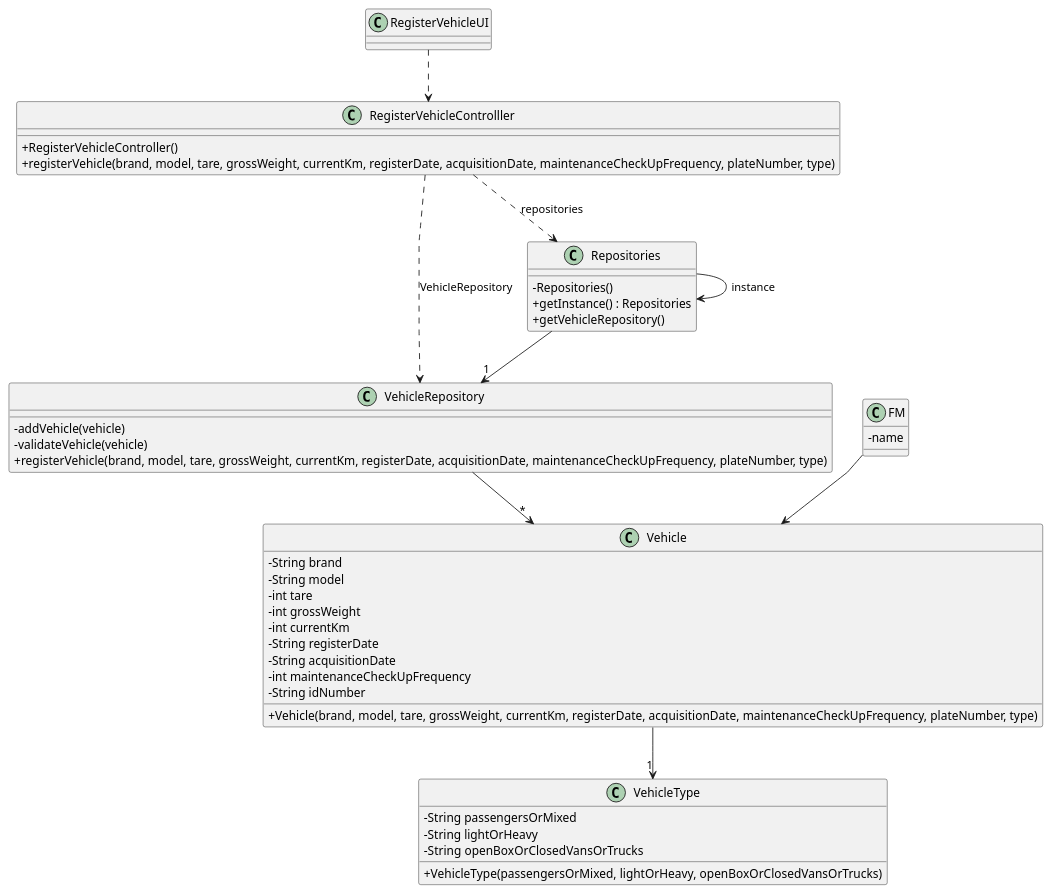
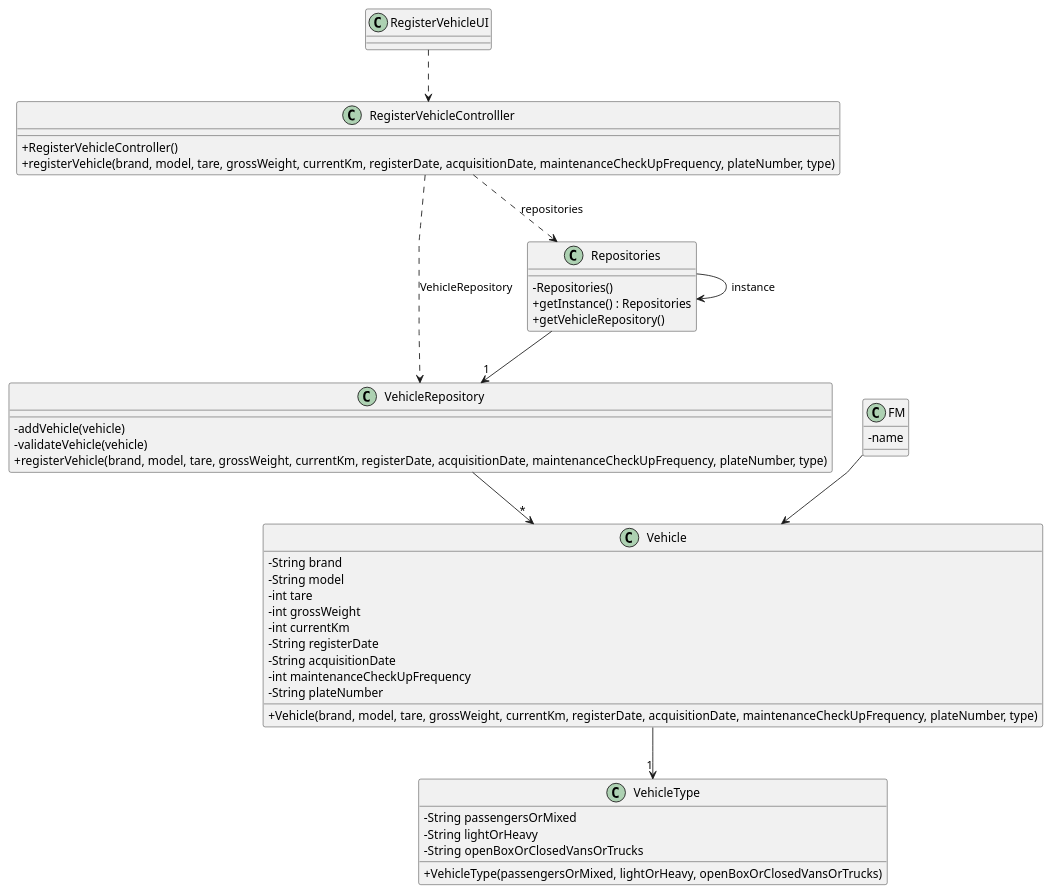
Before and after one commit to daniel41silva05/ISEP_2023_2024_LAPR2: the diagram in docs/sprintA&B/us006/03.design/puml/us006-class-diagram.puml, drawn with PlantUML. The commit also changed 7 other files, not shown here.

```diff
--- a/docs/sprintA&B/us006/03.design/puml/us006-class-diagram.puml
+++ b/docs/sprintA&B/us006/03.design/puml/us006-class-diagram.puml
@@ -1,67 +1,67 @@
 @startuml
 'skinparam monochrome true
 skinparam packageStyle rectangle
 skinparam shadowing false
 skinparam linetype polyline
 'skinparam linetype orto
 
 skinparam classAttributeIconSize 0
 
 'left to right direction
 
 class RegisterVehicleUI {
 
 }
 
 class RegisterVehicleControlller {
     +RegisterVehicleController()
     +registerVehicle(brand, model, tare, grossWeight, currentKm, registerDate, acquisitionDate, maintenanceCheckUpFrequency, plateNumber, type)
 }
 
 class VehicleRepository {
     -addVehicle(vehicle)
     -validateVehicle(vehicle)
     +registerVehicle(brand, model, tare, grossWeight, currentKm, registerDate, acquisitionDate, maintenanceCheckUpFrequency, plateNumber, type)
 }
 
 class Vehicle {
     -String brand
     -String model
     -int tare
     -int grossWeight
     -int currentKm
     -String registerDate
     -String acquisitionDate
     -int maintenanceCheckUpFrequency
-    -String idNumber
+    -String plateNumber
     +Vehicle(brand, model, tare, grossWeight, currentKm, registerDate, acquisitionDate, maintenanceCheckUpFrequency, plateNumber, type)
 
 }
 
 class VehicleType {
     -String passengersOrMixed
     -String lightOrHeavy
     -String openBoxOrClosedVansOrTrucks
     +VehicleType(passengersOrMixed, lightOrHeavy, openBoxOrClosedVansOrTrucks)
 }
 
 class FM {
     - name
 }
 
 class Repositories {
     - Repositories()
     + getInstance() : Repositories
     + getVehicleRepository()
 }
 
 RegisterVehicleUI ..> RegisterVehicleControlller
 RegisterVehicleControlller ..> Repositories: repositories
 RegisterVehicleControlller ..> VehicleRepository: VehicleRepository
 Repositories --> Repositories: instance
 Repositories --> "1" VehicleRepository
 VehicleRepository --> "*" Vehicle
 Vehicle --> "1" VehicleType
 FM --> Vehicle
 
 @enduml
```
